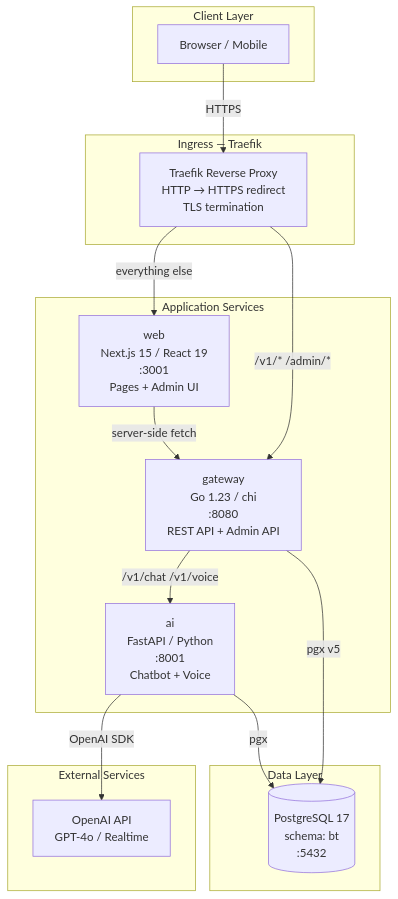
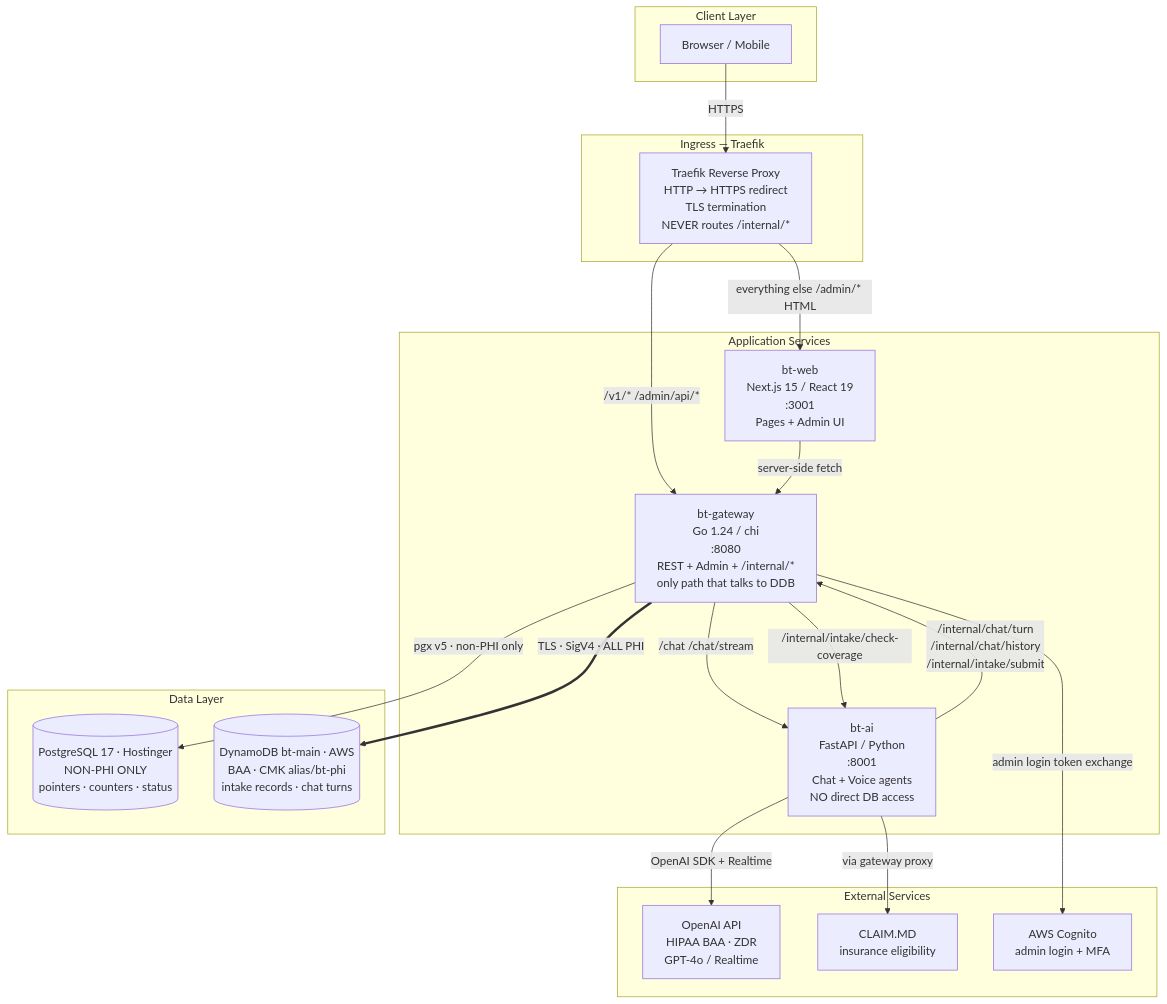
One commit to shankasf/brightertomorrow changed the sixth of 10 diagrams in README.md. Above: the diagram before and after it, drawn with Mermaid. The commit also changed other lines of this file and 9 other files, not shown here.

First line of the commit message:
feat(hipaa): move chat transcripts off Postgres into DynamoDB

````diff
--- a/README.md
+++ b/README.md
@@ -403,33 +476,40 @@
 ```mermaid
 graph TB
     subgraph Client["Client Layer"]
         B[Browser / Mobile]
     end
 
     subgraph Ingress["Ingress — Traefik"]
-        T[Traefik Reverse Proxy<br/>HTTP → HTTPS redirect<br/>TLS termination]
+        T[Traefik Reverse Proxy<br/>HTTP → HTTPS redirect<br/>TLS termination<br/>NEVER routes /internal/*]
     end
 
     subgraph Services["Application Services"]
-        W[web<br/>Next.js 15 / React 19<br/>:3001<br/>Pages + Admin UI]
-        G[gateway<br/>Go 1.23 / chi<br/>:8080<br/>REST API + Admin API]
-        AI[ai<br/>FastAPI / Python<br/>:8001<br/>Chatbot + Voice]
+        W[bt-web<br/>Next.js 15 / React 19<br/>:3001<br/>Pages + Admin UI]
+        G[bt-gateway<br/>Go 1.24 / chi<br/>:8080<br/>REST + Admin + /internal/*<br/>only path that talks to DDB]
+        AI[bt-ai<br/>FastAPI / Python<br/>:8001<br/>Chat + Voice agents<br/>NO direct DB access]
     end
 
     subgraph Data["Data Layer"]
-        DB[(PostgreSQL 17<br/>schema: bt<br/>:5432)]
+        DB[(PostgreSQL 17 · Hostinger<br/>NON-PHI ONLY<br/>pointers · counters · status)]
+        DDB[(DynamoDB bt-main · AWS<br/>BAA · CMK alias/bt-phi<br/>intake records · chat turns)]
     end
 
     subgraph External["External Services"]
-        OAI[OpenAI API<br/>GPT-4o / Realtime]
+        OAI[OpenAI API<br/>HIPAA BAA · ZDR<br/>GPT-4o / Realtime]
+        CLM[CLAIM.MD<br/>insurance eligibility]
+        COG[AWS Cognito<br/>admin login + MFA]
     end
 
     B -->|HTTPS| T
-    T -->|/v1/* /admin/*| G
-    T -->|everything else| W
+    T -->|/v1/* /admin/api/*| G
+    T -->|everything else /admin/* HTML| W
     W -->|server-side fetch| G
-    G -->|pgx v5| DB
-    G -->|/v1/chat /v1/voice| AI
-    AI -->|OpenAI SDK| OAI
-    AI -->|pgx| DB
+    G -->|pgx v5 · non-PHI only| DB
+    G ==>|TLS · SigV4 · ALL PHI| DDB
+    G -->|/chat /chat/stream| AI
+    AI -->|/internal/chat/turn<br/>/internal/chat/history<br/>/internal/intake/submit| G
+    AI -->|OpenAI SDK + Realtime| OAI
+    G -->|/internal/intake/check-coverage| AI
+    AI -->|via gateway proxy| CLM
+    G -->|admin login token exchange| COG
 ```
````
